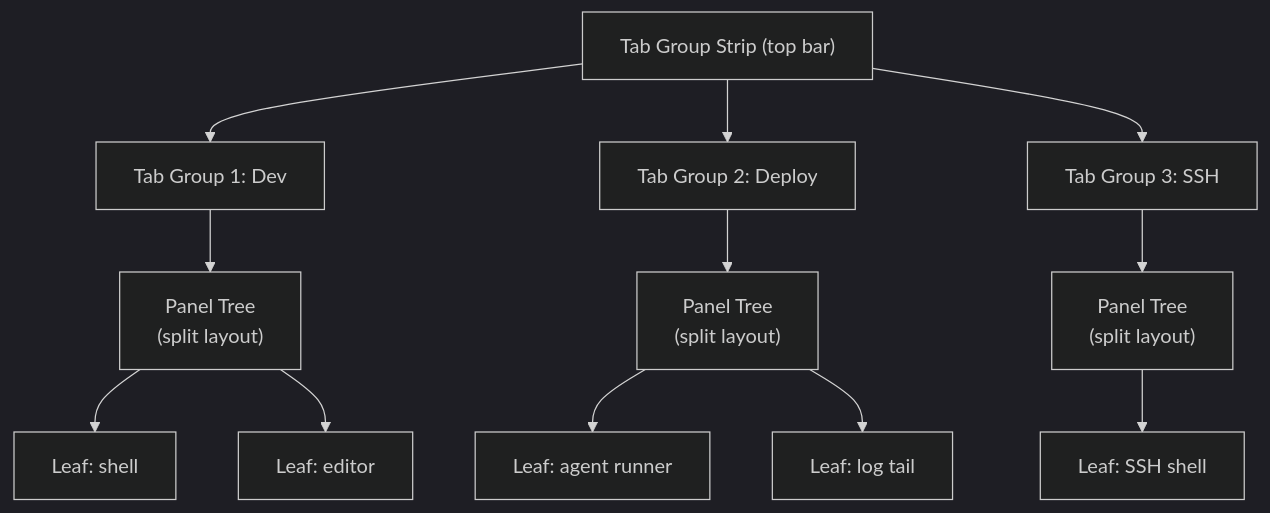
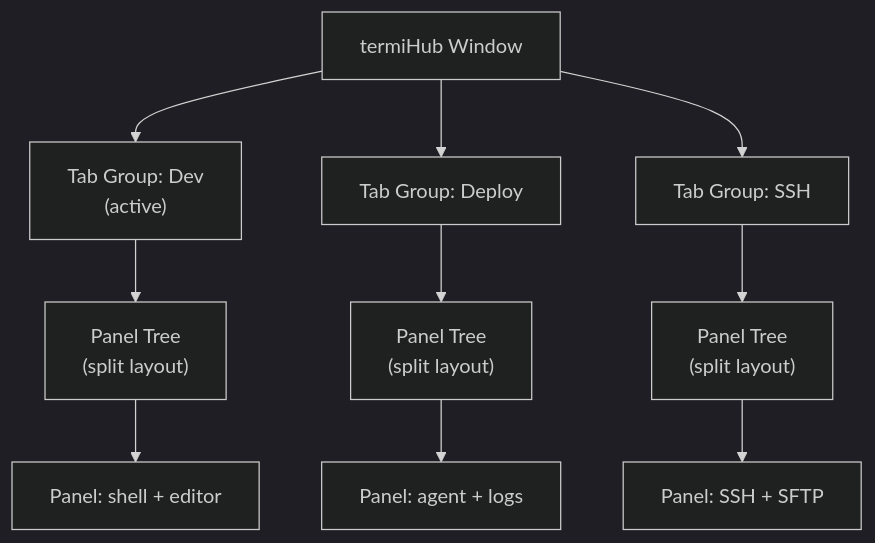
The first of 5 diagrams in docs/concepts/tab-groups.md (armaxri/termiHub), drawn with Mermaid (dark theme) before and after one commit. The commit also changed other lines of this file and 14 other files, not shown here.

````diff
--- a/docs/concepts/tab-groups.md
+++ b/docs/concepts/tab-groups.md
@@ -13,21 +13,19 @@
 ```mermaid
 graph TD
-    TGStrip["Tab Group Strip (top bar)"]
-    TG1["Tab Group 1: Dev"]
-    TG2["Tab Group 2: Deploy"]
-    TG3["Tab Group 3: SSH"]
+    App["termiHub Window"]
+    TG1["Tab Group: Dev\n(active)"]
+    TG2["Tab Group: Deploy"]
+    TG3["Tab Group: SSH"]
 
-    TGStrip --> TG1
-    TGStrip --> TG2
-    TGStrip --> TG3
+    App --> TG1
+    App --> TG2
+    App --> TG3
 
     TG1 --> PT1["Panel Tree\n(split layout)"]
     TG2 --> PT2["Panel Tree\n(split layout)"]
     TG3 --> PT3["Panel Tree\n(split layout)"]
 
-    PT1 --> L1["Leaf: shell"]
-    PT1 --> L2["Leaf: editor"]
-    PT2 --> L3["Leaf: agent runner"]
-    PT2 --> L4["Leaf: log tail"]
-    PT3 --> L5["Leaf: SSH shell"]
+    PT1 --> L1["Panel: shell + editor"]
+    PT2 --> L2["Panel: agent + logs"]
+    PT3 --> L3["Panel: SSH + SFTP"]
 ```
````
